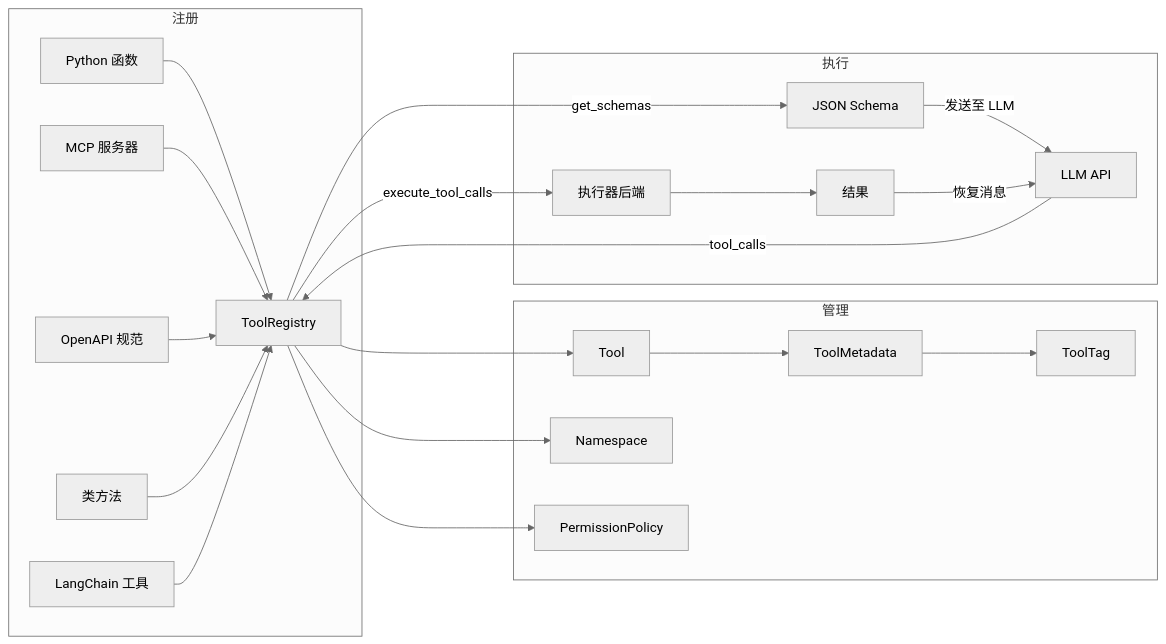
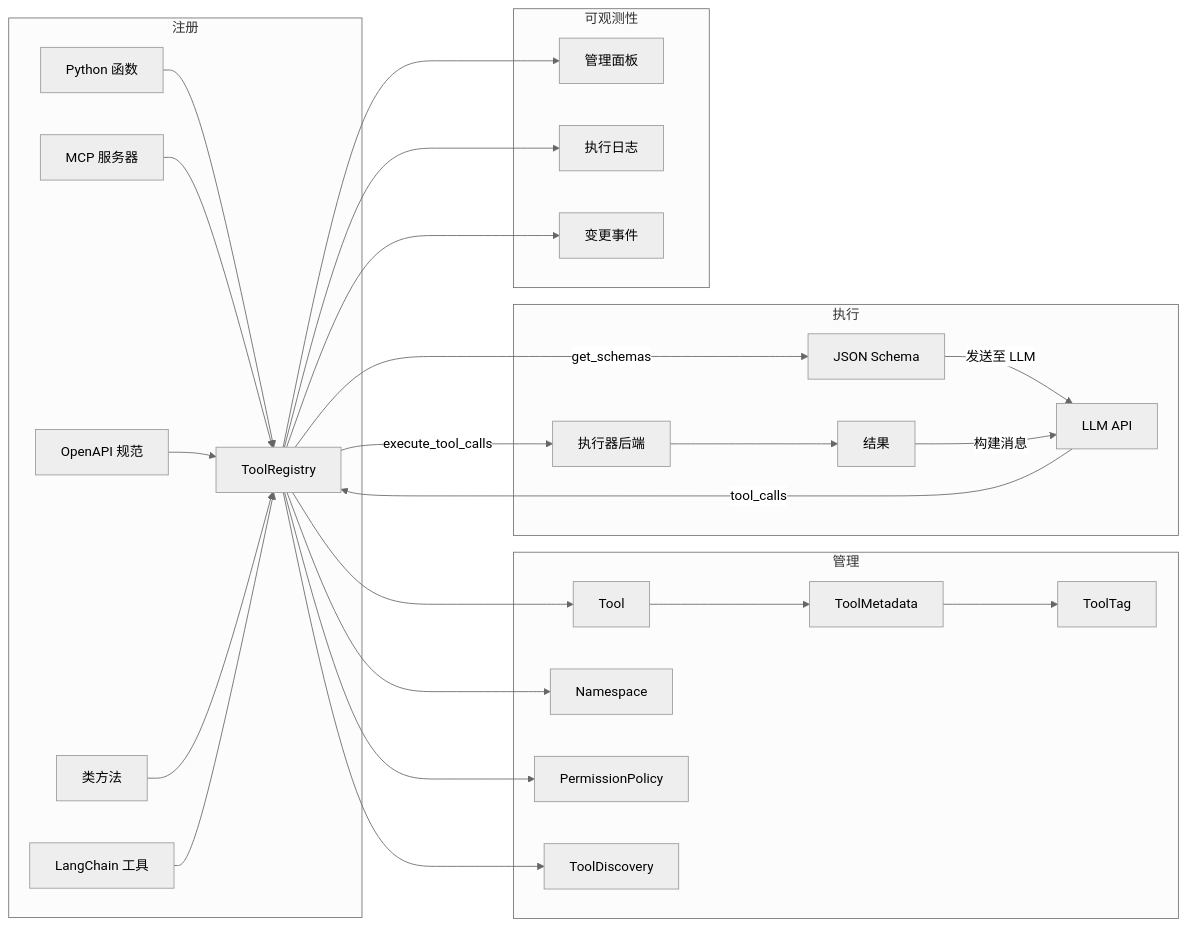
One commit to Oaklight/ToolRegistry changed the first of 2 diagrams in docs/architecture/overview.md. Above: the diagram before and after it, drawn with Mermaid (neutral theme). The commit also changed other lines of this file, not shown here.

First line of the commit message:
docs: rewrite architecture overview with comprehensive coverage

````diff
--- a/docs/architecture/overview.md
+++ b/docs/architecture/overview.md
@@ -20,27 +20,34 @@
 ```mermaid
 graph LR
     subgraph 注册
         F[Python 函数] --> R[ToolRegistry]
         MCP[MCP 服务器] --> R
         OA[OpenAPI 规范] --> R
         CL[类方法] --> R
         LC[LangChain 工具] --> R
     end
 
     subgraph 管理
         R --> T[Tool]
         T --> TM[ToolMetadata]
         TM --> TT[ToolTag]
         R --> NS[Namespace]
         R --> PP[PermissionPolicy]
+        R --> TD[ToolDiscovery]
     end
 
     subgraph 执行
         R -->|get_schemas| S[JSON Schema]
         S -->|发送至 LLM| LLM[LLM API]
         LLM -->|tool_calls| R
         R -->|execute_tool_calls| BE[执行器后端]
         BE --> RES[结果]
-        RES -->|恢复消息| LLM
+        RES -->|构建消息| LLM
+    end
+
+    subgraph 可观测性
+        R --> AL[管理面板]
+        R --> EL[执行日志]
+        R --> CB[变更事件]
     end
 ```
````
